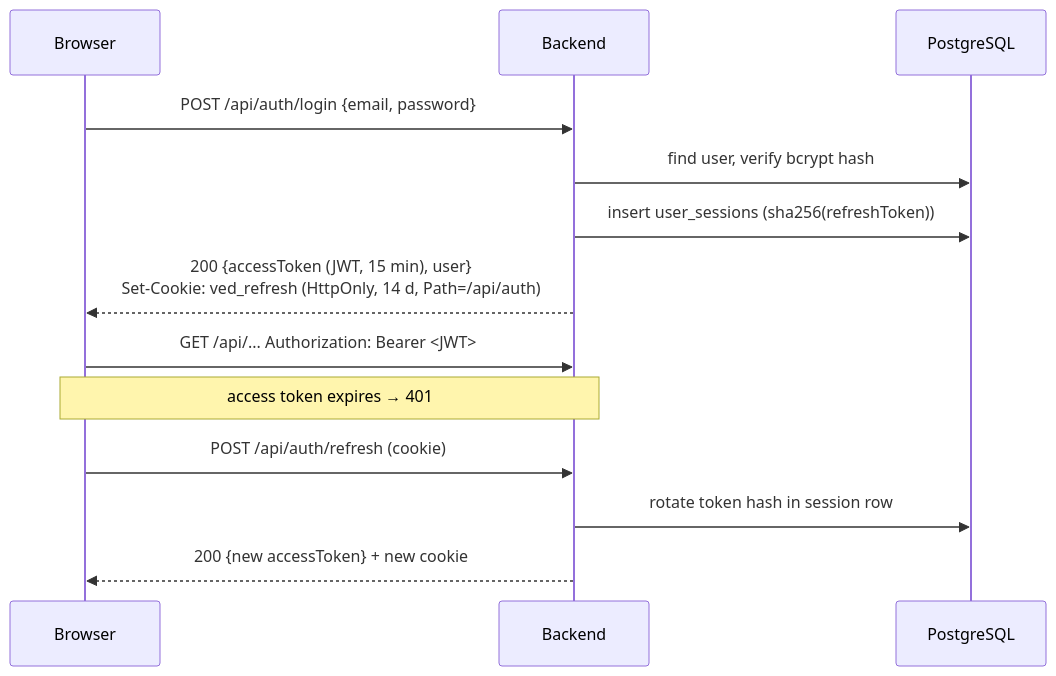
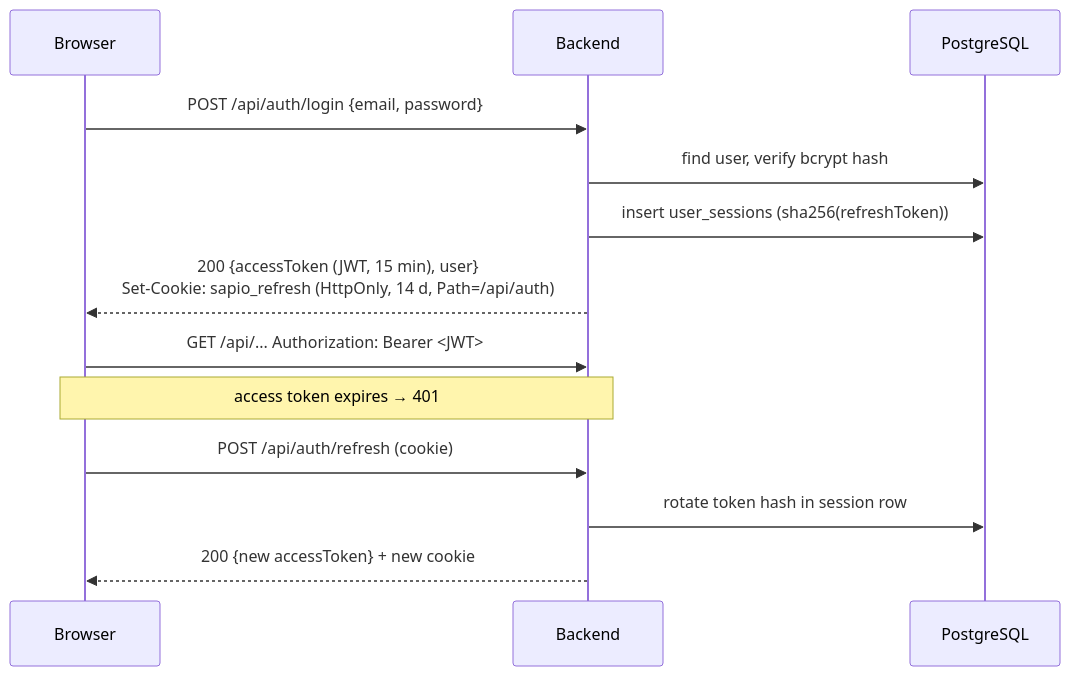
Before and after one commit to supremex04/Sapio: the second of 4 diagrams in docs/architecture/overview.md, drawn with Mermaid. The commit also changed other lines of this file and 613 other files, not shown here.

First line of the commit message:
refactor: rename the product from Ved to Sapio

````diff
--- a/docs/architecture/overview.md
+++ b/docs/architecture/overview.md
@@ -78,15 +78,15 @@
 ```mermaid
 sequenceDiagram
     participant B as Browser
     participant API as Backend
     participant DB as PostgreSQL
     B->>API: POST /api/auth/login {email, password}
     API->>DB: find user, verify bcrypt hash
     API->>DB: insert user_sessions (sha256(refreshToken))
-    API-->>B: 200 {accessToken (JWT, 15 min), user}<br/>Set-Cookie: ved_refresh (HttpOnly, 14 d, Path=/api/auth)
+    API-->>B: 200 {accessToken (JWT, 15 min), user}<br/>Set-Cookie: sapio_refresh (HttpOnly, 14 d, Path=/api/auth)
     B->>API: GET /api/... Authorization: Bearer <JWT>
     Note over B,API: access token expires → 401
     B->>API: POST /api/auth/refresh (cookie)
     API->>DB: rotate token hash in session row
     API-->>B: 200 {new accessToken} + new cookie
 ```
````
